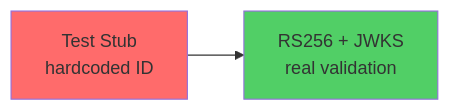
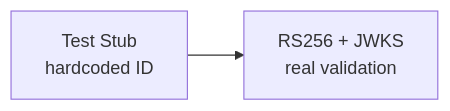
Before and after one commit to haowjy/meridian-flow: the third of 3 diagrams in _docs/technical/backend/auth/supabase-jwt-implementation.md, drawn with Mermaid. The commit also changed 46 other files, not shown here.

````diff
--- a/_docs/technical/backend/auth/supabase-jwt-implementation.md
+++ b/_docs/technical/backend/auth/supabase-jwt-implementation.md
@@ -279,7 +279,5 @@
 ```mermaid
 graph LR
     A[Test Stub<br/>hardcoded ID] --> B[RS256 + JWKS<br/>real validation]
 
-    style A fill:#ff6b6b
-    style B fill:#51cf66
 ```
````
